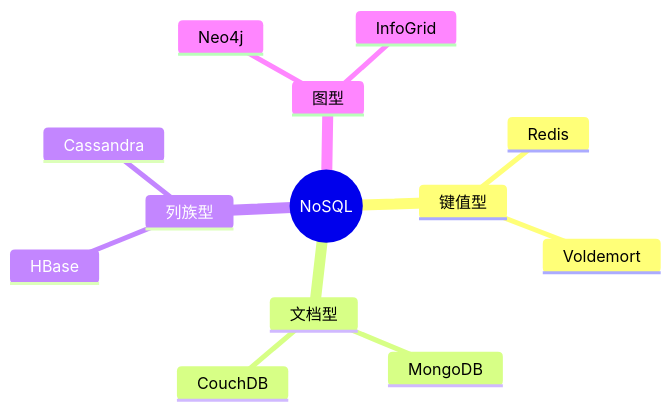
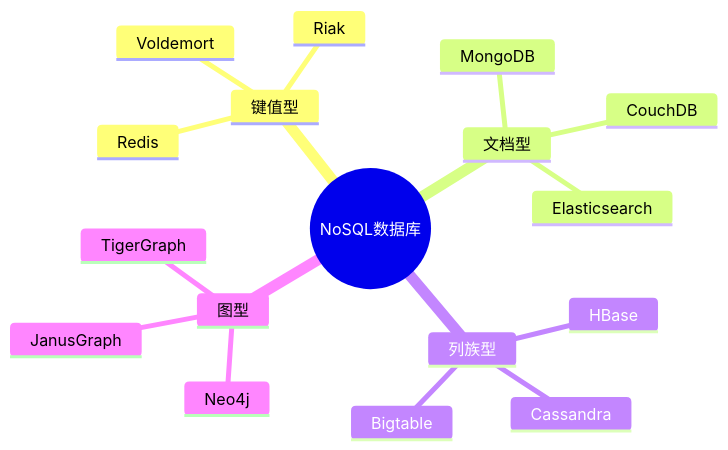
Before and after one commit to Norman-pong/architect-prep: diagram 15 of 18 in server/internal/seed/markdown/ch06.md, drawn with Mermaid. The commit also changed other lines of this file and 29 other files, not shown here.

````diff
--- a/server/internal/seed/markdown/ch06.md
+++ b/server/internal/seed/markdown/ch06.md
@@ -92,16 +514,20 @@
 ```mermaid
 mindmap
-  root((NoSQL))
+  root((NoSQL数据库))
     键值型
       Redis
+      Riak
       Voldemort
     文档型
       MongoDB
       CouchDB
+      Elasticsearch
     列族型
       HBase
       Cassandra
+      Bigtable
     图型
       Neo4j
-      InfoGrid
+      JanusGraph
+      TigerGraph
 ```
````
